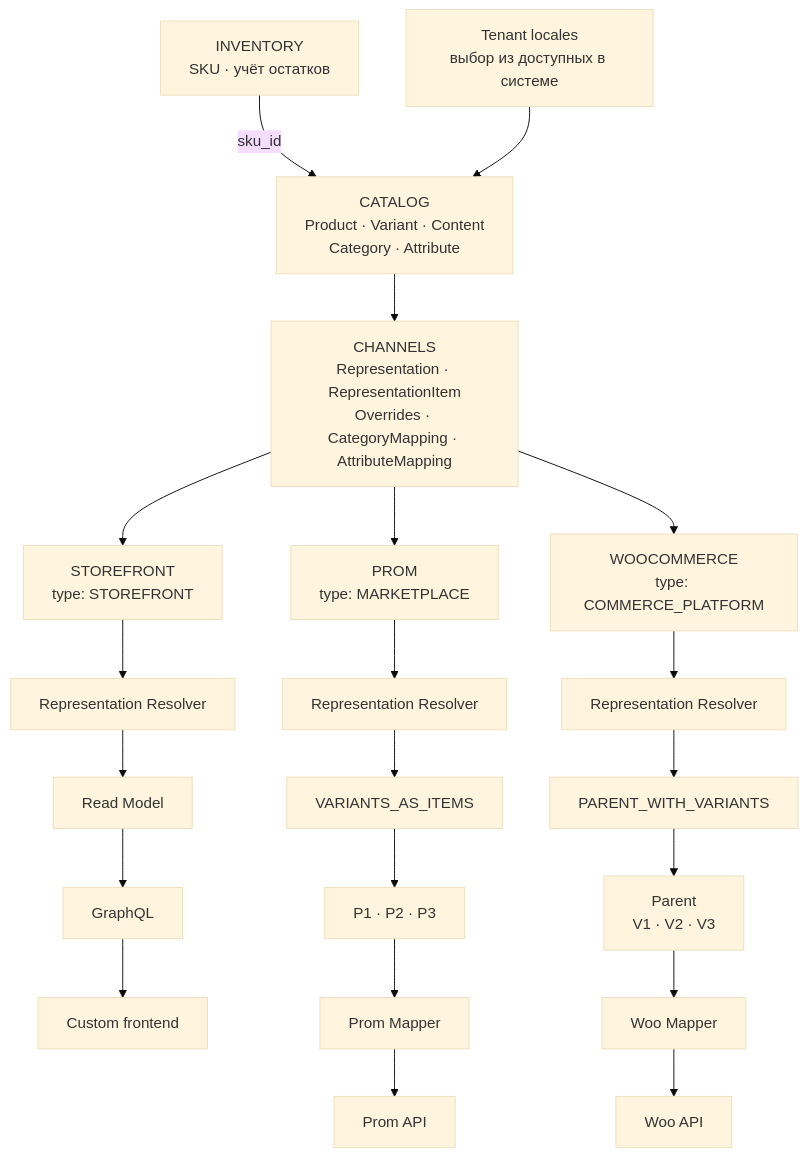
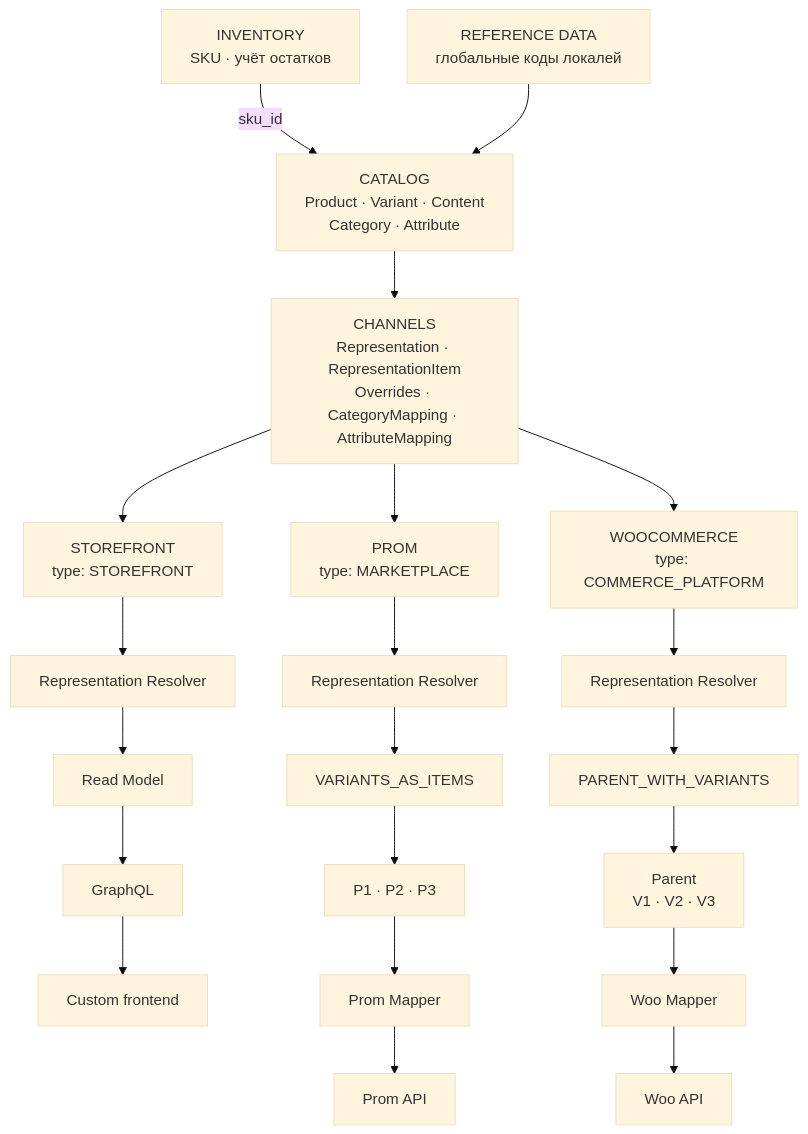
The diagram in docs/plan/catalog.md (dinikon/dnk-runtime-core), drawn with Mermaid (base theme) before and after one commit. The commit also changed other lines of this file and 63 other files, not shown here.

````diff
--- a/docs/plan/catalog.md
+++ b/docs/plan/catalog.md
@@ -42,27 +42,27 @@
 ```mermaid
 flowchart TB
     INV["INVENTORY<br/>SKU · учёт остатков"]
-    LOC["Tenant locales<br/>выбор из доступных в системе"]
+    LOC["REFERENCE DATA<br/>глобальные коды локалей"]
     CAT["CATALOG<br/>Product · Variant · Content<br/>Category · Attribute"]
     CH["CHANNELS<br/>Representation · RepresentationItem<br/>Overrides · CategoryMapping · AttributeMapping"]
     INV -->|sku_id| CAT
     LOC --> CAT
     CAT --> CH
     CH --> S["STOREFRONT<br/>type: STOREFRONT"]
     CH --> P["PROM<br/>type: MARKETPLACE"]
     CH --> W["WOOCOMMERCE<br/>type: COMMERCE_PLATFORM"]
     S --> SR[Representation Resolver]
     P --> PR[Representation Resolver]
     W --> WR[Representation Resolver]
     SR --> RM[Read Model]
     RM --> GQL[GraphQL]
     GQL --> FE[Custom frontend]
     PR --> PT[VARIANTS_AS_ITEMS]
     PT --> PI["P1 · P2 · P3"]
     PI --> PM[Prom Mapper]
     PM --> PA[Prom API]
     WR --> WT[PARENT_WITH_VARIANTS]
     WT --> WI["Parent<br/>V1 · V2 · V3"]
     WI --> WM[Woo Mapper]
     WM --> WA[Woo API]
 ```
````
